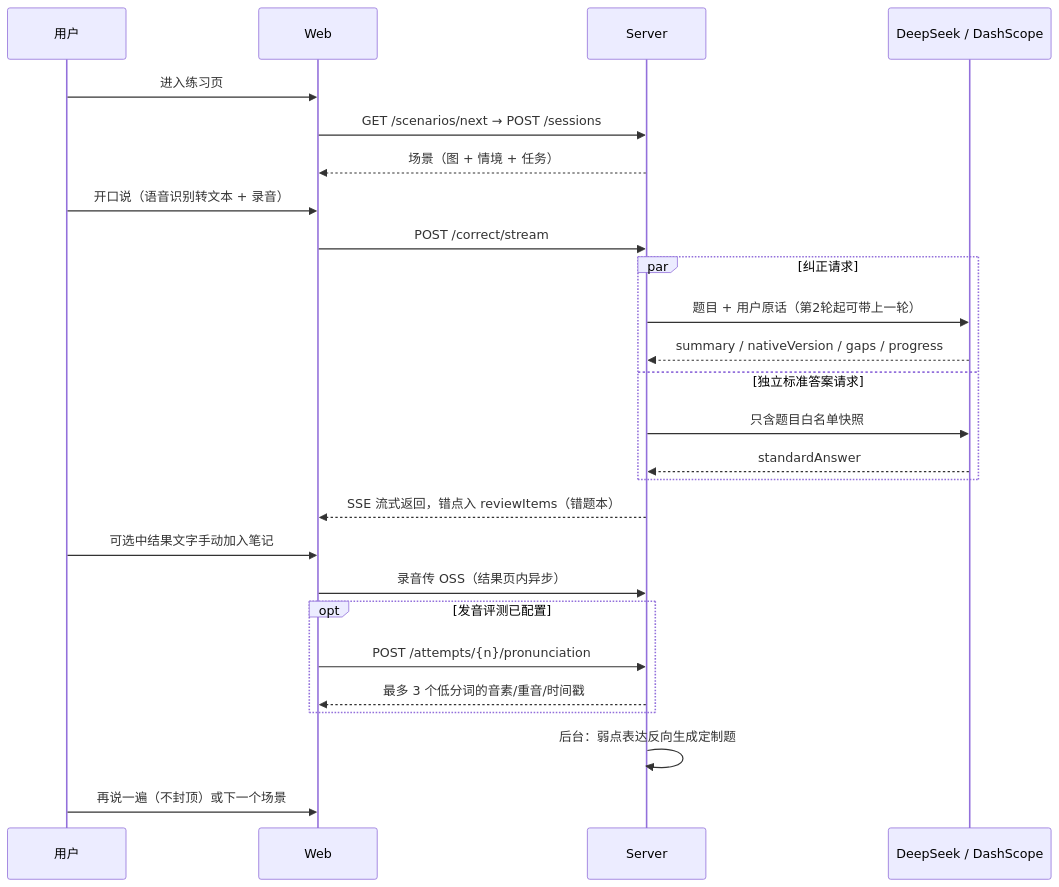
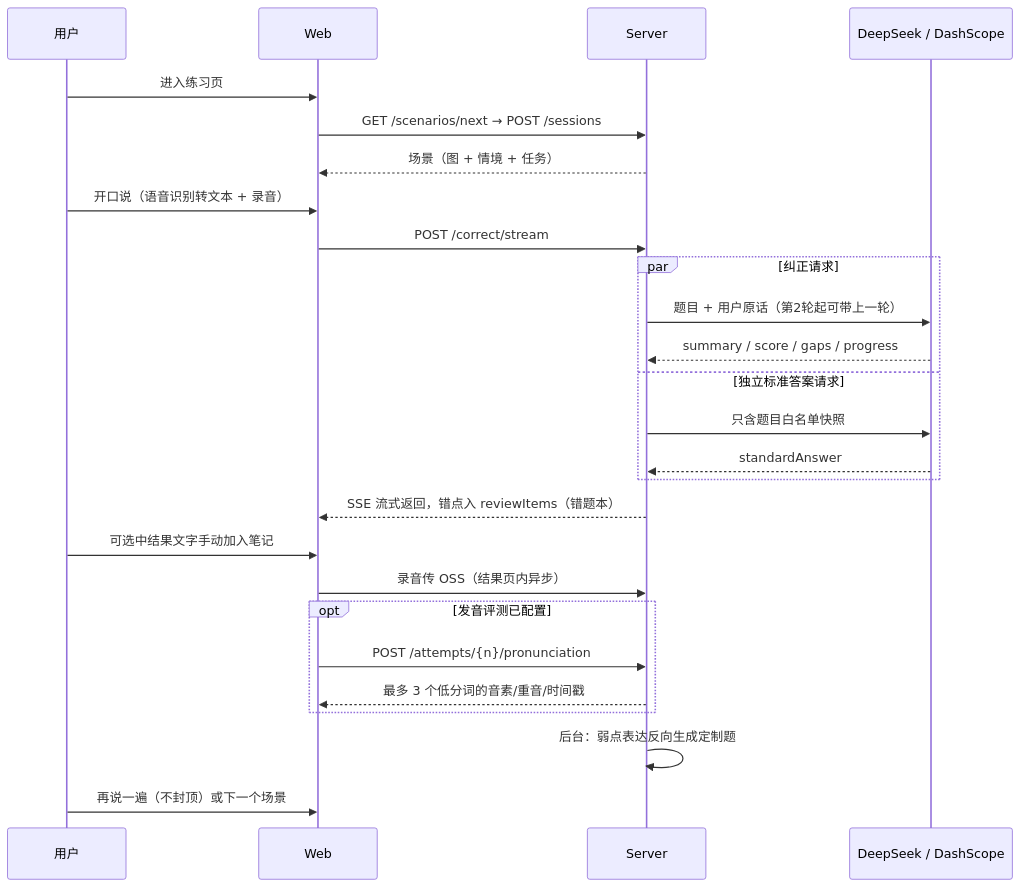
The second of 2 diagrams in docs/README.md (makewheels/speakup), drawn with Mermaid before and after one commit. The commit also changed 58 other files, not shown here.

````diff
--- a/docs/README.md
+++ b/docs/README.md
@@ -98,28 +98,28 @@
 ```mermaid
 sequenceDiagram
     participant U as 用户
     participant W as Web
     participant S as Server
     participant Q as DeepSeek / DashScope
     U->>W: 进入练习页
     W->>S: GET /scenarios/next → POST /sessions
     S-->>W: 场景（图 + 情境 + 任务）
     U->>W: 开口说（语音识别转文本 + 录音）
     W->>S: POST /correct/stream
     par 纠正请求
         S->>Q: 题目 + 用户原话（第2轮起可带上一轮）
-        Q-->>S: summary / nativeVersion / gaps / progress
+        Q-->>S: summary / score / gaps / progress
     and 独立标准答案请求
         S->>Q: 只含题目白名单快照
         Q-->>S: standardAnswer
     end
     S-->>W: SSE 流式返回，错点入 reviewItems（错题本）
     U->>W: 可选中结果文字手动加入笔记
     W->>S: 录音传 OSS（结果页内异步）
     opt 发音评测已配置
         W->>S: POST /attempts/{n}/pronunciation
         S-->>W: 最多 3 个低分词的音素/重音/时间戳
     end
     S->>S: 后台：弱点表达反向生成定制题
     U->>W: 再说一遍（不封顶）或下一个场景
 ```
````
